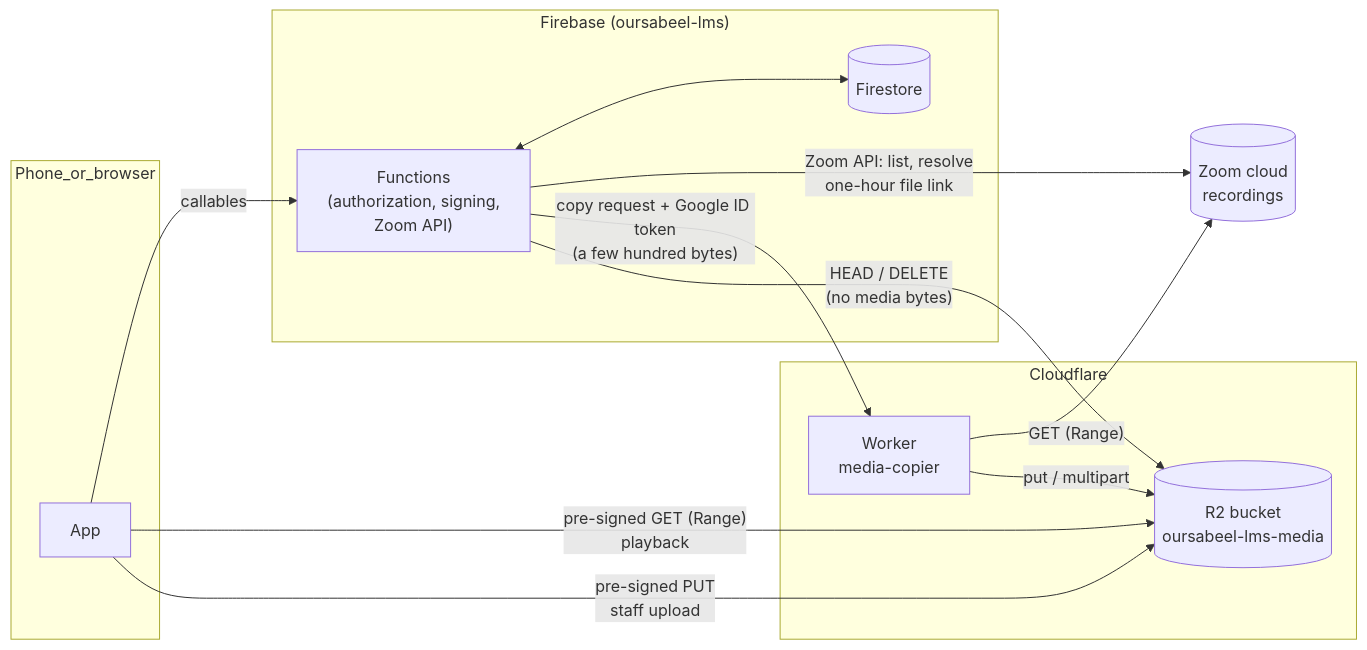
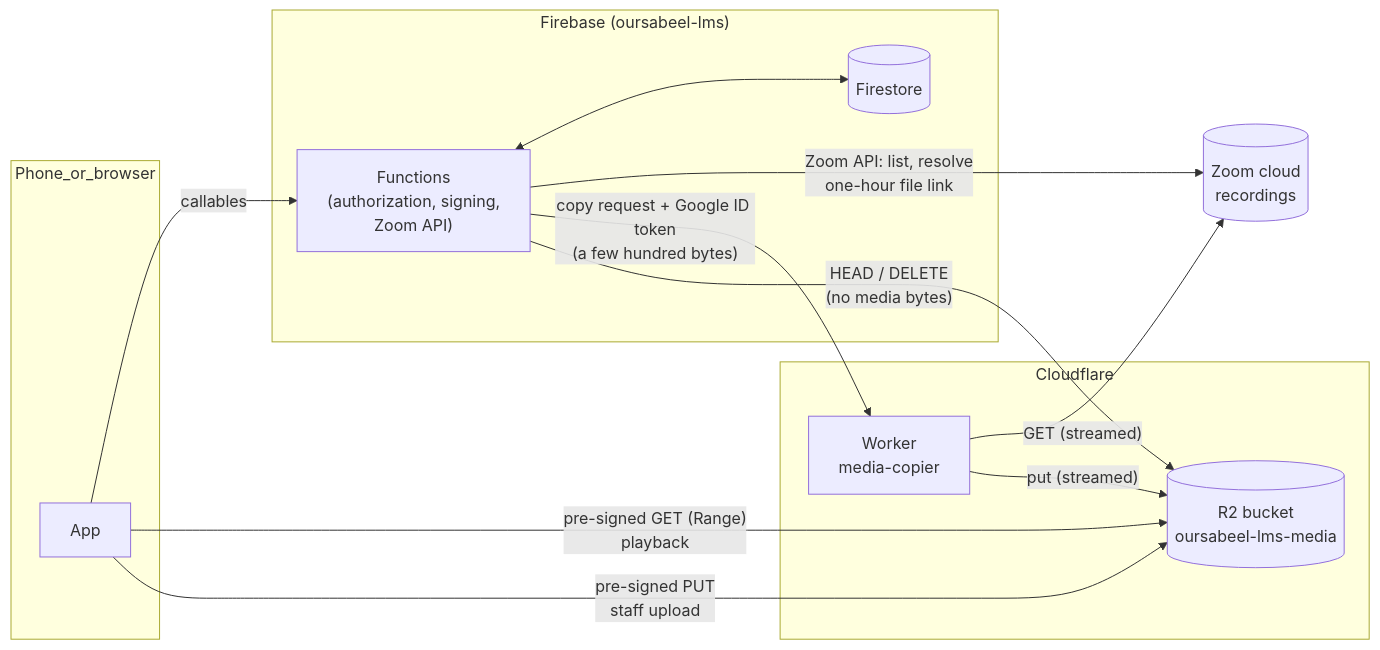
One commit to Sabeel-Institute/lms changed the first of 4 diagrams in docs/plans/MEDIA-ON-CLOUDFLARE.md. Above: the diagram before and after it, drawn with Mermaid. The commit also changed other lines of this file and 2 other files, not shown here.

````diff
--- a/docs/plans/MEDIA-ON-CLOUDFLARE.md
+++ b/docs/plans/MEDIA-ON-CLOUDFLARE.md
@@ -66,25 +66,25 @@
 ```mermaid
 flowchart LR
   subgraph Phone_or_browser
     App
   end
   subgraph Firebase["Firebase (oursabeel-lms)"]
     Fn["Functions\n(authorization, signing,\nZoom API)"]
     FS[(Firestore)]
   end
   subgraph Cloudflare
     W["Worker\nmedia-copier"]
     R2[(R2 bucket\noursabeel-lms-media)]
   end
   Zoom[(Zoom cloud\nrecordings)]
 
   App -- "callables" --> Fn
   Fn <--> FS
   Fn -- "Zoom API: list, resolve\none-hour file link" --> Zoom
   Fn -- "copy request + Google ID token\n(a few hundred bytes)" --> W
-  W -- "GET (Range)" --> Zoom
-  W -- "put / multipart" --> R2
+  W -- "GET (streamed)" --> Zoom
+  W -- "put (streamed)" --> R2
   App -- "pre-signed GET (Range)\nplayback" --> R2
   App -- "pre-signed PUT\nstaff upload" --> R2
   Fn -- "HEAD / DELETE\n(no media bytes)" --> R2
 ```
````
